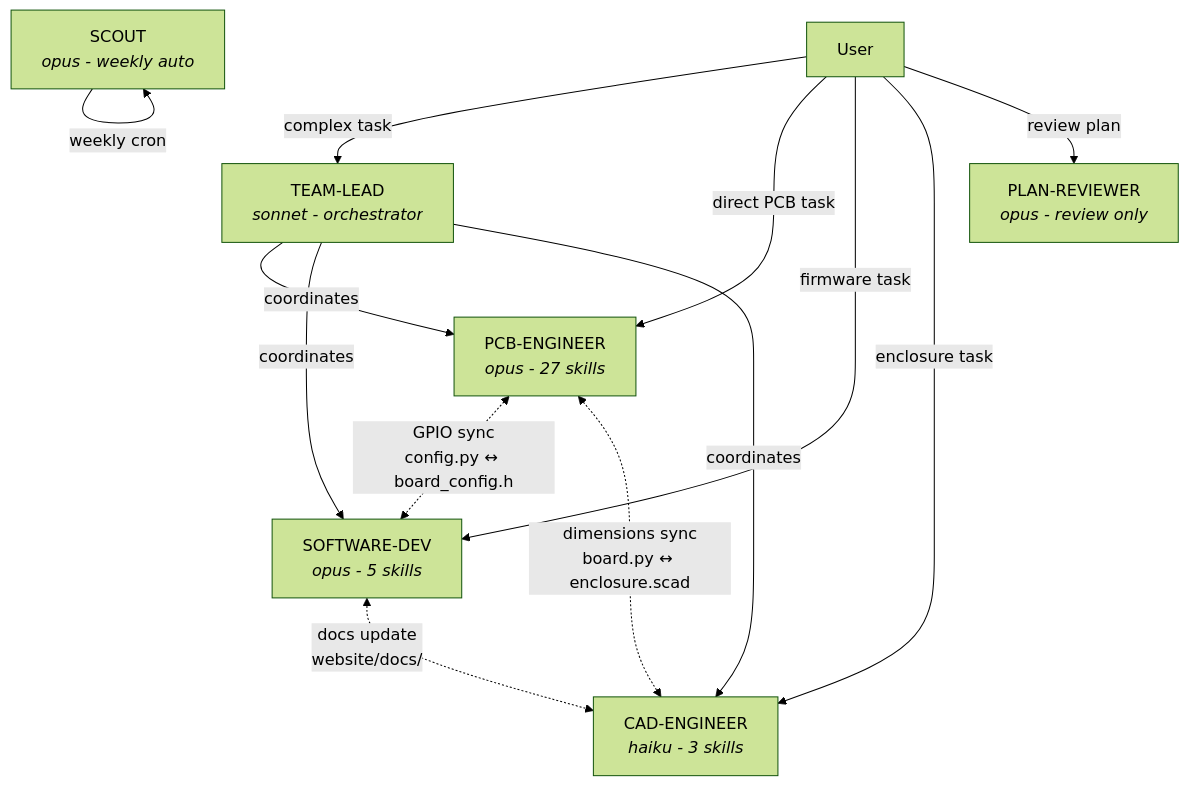
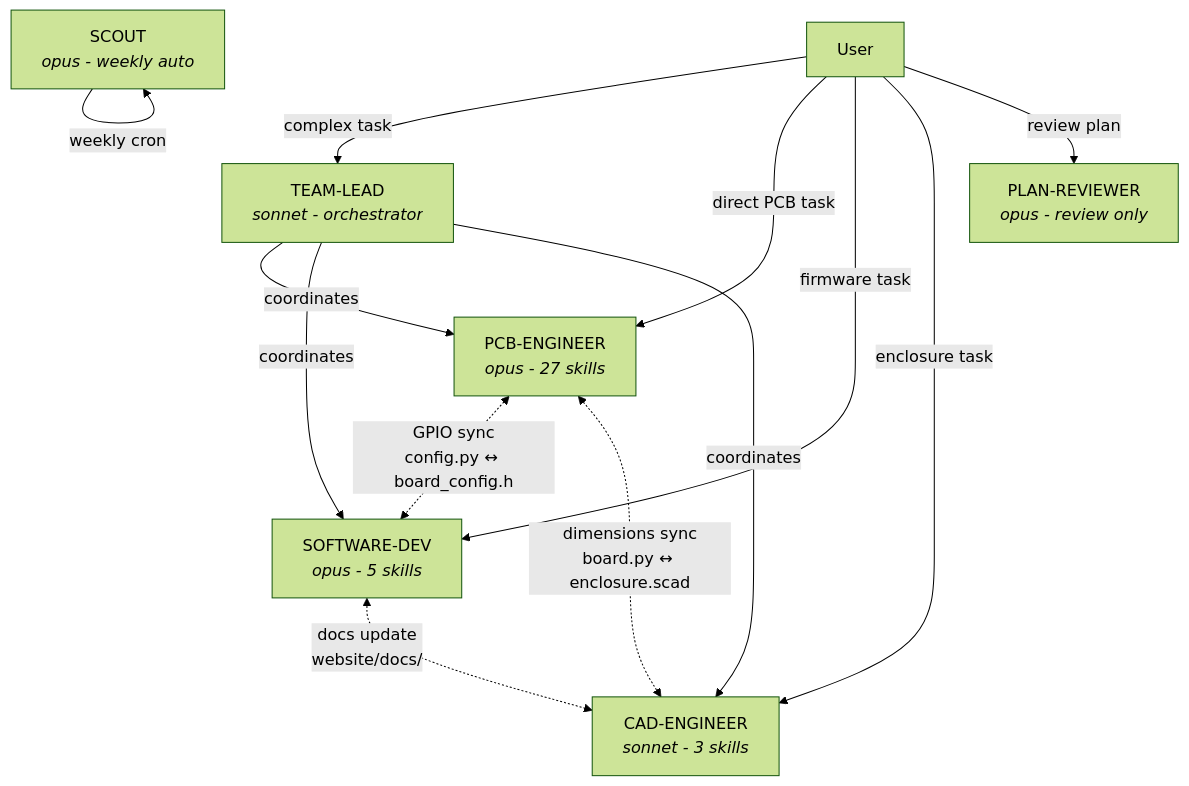
The first of 3 diagrams in website/docs/development/workflow-guide.md (pjcau/esp32-emu-turbo), drawn with Mermaid (forest theme) before and after one commit. The commit also changed 8 other files, not shown here.

First line of the commit message:
agents: cad-engineer to Sonnet 5, and fix the six places that still said haiku

````diff
--- a/website/docs/development/workflow-guide.md
+++ b/website/docs/development/workflow-guide.md
@@ -15,26 +15,26 @@
 ```mermaid
 graph TB
     USER["User"]
 
     TL["TEAM-LEAD<br/><i>sonnet - orchestrator</i>"]
     PCB["PCB-ENGINEER<br/><i>opus - 27 skills</i>"]
     SW["SOFTWARE-DEV<br/><i>opus - 5 skills</i>"]
-    CAD["CAD-ENGINEER<br/><i>haiku - 3 skills</i>"]
+    CAD["CAD-ENGINEER<br/><i>sonnet - 3 skills</i>"]
     PR["PLAN-REVIEWER<br/><i>opus - review only</i>"]
     SC["SCOUT<br/><i>opus - weekly auto</i>"]
 
     USER -->|complex task| TL
     USER -->|direct PCB task| PCB
     USER -->|firmware task| SW
     USER -->|enclosure task| CAD
     USER -->|review plan| PR
     SC -->|weekly cron| SC
 
     TL -->|coordinates| PCB
     TL -->|coordinates| SW
     TL -->|coordinates| CAD
 
     PCB <-.->|"GPIO sync<br/>config.py ↔ board_config.h"| SW
     PCB <-.->|"dimensions sync<br/>board.py ↔ enclosure.scad"| CAD
     SW <-.->|"docs update<br/>website/docs/"| CAD
 ```
````
